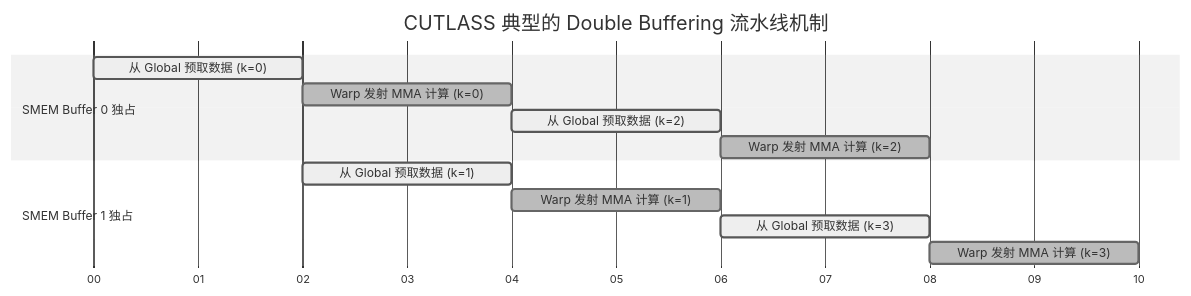
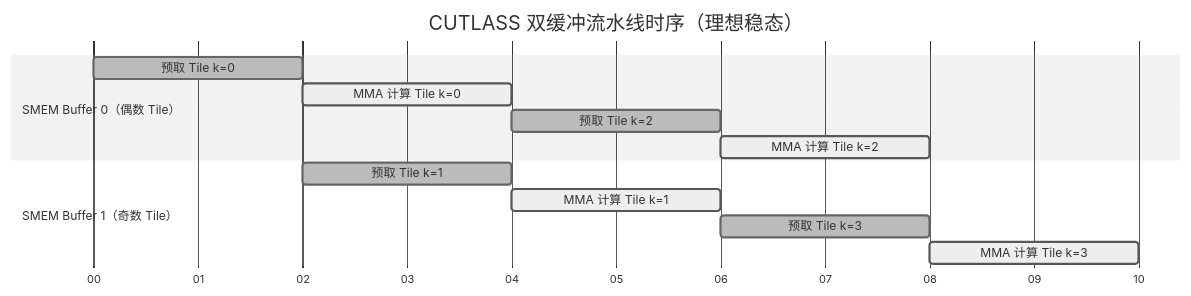
Before and after one commit to psmarter/CUDA-Practice: the second of 2 diagrams in Blogs/14_CUTLASS_TemplateGEMM_CuTe.md, drawn with Mermaid (neutral theme). The commit also changed other lines of this file and 13 other files, not shown here.

````diff
--- a/Blogs/14_CUTLASS_TemplateGEMM_CuTe.md
+++ b/Blogs/14_CUTLASS_TemplateGEMM_CuTe.md
@@ -53,18 +132,18 @@
 ```mermaid
 gantt
     dateFormat s
-    title CUTLASS 典型的 Double Buffering 流水线机制
     axisFormat %S
-    
-    section SMEM Buffer 0 独占
-    从 Global 预取数据 (k=0) : active, a0, 0, 2s
-    Warp 发射 MMA 计算 (k=0) : done, c0, 2, 2s
-    从 Global 预取数据 (k=2) : active, a2, 4, 2s
-    Warp 发射 MMA 计算 (k=2) : done, c2, 6, 2s
+    title CUTLASS 双缓冲流水线时序（理想稳态）
 
-    section SMEM Buffer 1 独占
-    从 Global 预取数据 (k=1) : active, b1, 2, 2s
-    Warp 发射 MMA 计算 (k=1) : done, c1, 4, 2s
-    从 Global 预取数据 (k=3) : active, b3, 6, 2s
-    Warp 发射 MMA 计算 (k=3) : done, c3, 8, 2s
+    section SMEM Buffer 0（偶数 Tile）
+    预取 Tile k=0 : done, a0, 0, 2s
+    MMA 计算 Tile k=0 : active, c0, 2, 2s
+    预取 Tile k=2 : done, a2, 4, 2s
+    MMA 计算 Tile k=2 : active, c2, 6, 2s
+
+    section SMEM Buffer 1（奇数 Tile）
+    预取 Tile k=1 : done, b1, 2, 2s
+    MMA 计算 Tile k=1 : active, c1, 4, 2s
+    预取 Tile k=3 : done, b3, 6, 2s
+    MMA 计算 Tile k=3 : active, c3, 8, 2s
 ```
````
